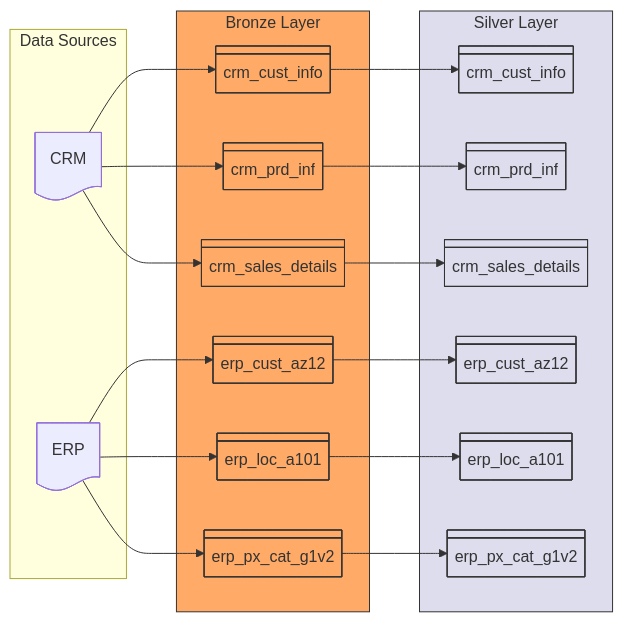
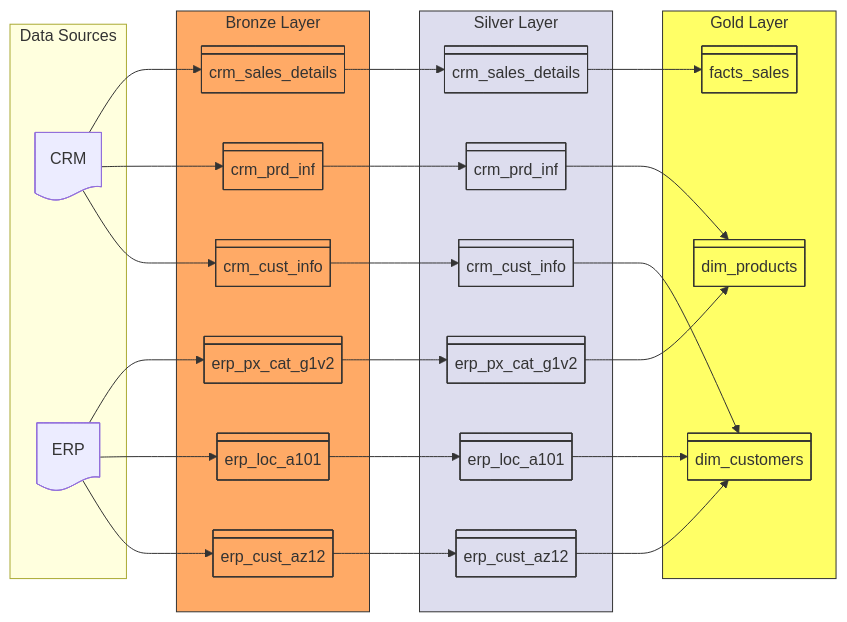
The second of 2 diagrams in src/docsrc/architecture.adoc (arkadianriver/de-dwh-sql), drawn with Mermaid before and after one commit. The commit also changed 4 other files, not shown here.

Commit message:
add gold to data flow diagram. Fixes #30

```diff
--- a/src/docsrc/architecture.adoc
+++ b/src/docsrc/architecture.adoc
@@ -174,44 +174,59 @@
 [mermaid,data_flow,png]
 ----
 flowchart LR
-    d1-->b1:::bronze & b2:::bronze & b3:::bronze
-    d2-->b4:::bronze & b5:::bronze & b6:::bronze
-    b1:::bronze-->s1:::silver
-    b2:::bronze-->s2:::silver
-    b3:::bronze-->s3:::silver
-    b4:::bronze-->s4:::silver
-    b5:::bronze-->s5:::silver
-    b6:::bronze-->s6:::silver
-
   subgraph Data Sources
     d1@{ shape: doc, label: "CRM" }
     d2@{ shape: doc, label: "ERP" }
   end
 
   subgraph subb [Bronze Layer]
     b1@{ shape: div-rect, label: "crm_cust_info" }
     b2@{ shape: div-rect, label: "crm_prd_inf" }
     b3@{ shape: div-rect, label: "crm_sales_details" }
   
     b4@{ shape: div-rect, label: "erp_cust_az12" }
     b5@{ shape: div-rect, label: "erp_loc_a101" }
     b6@{ shape: div-rect, label: "erp_px_cat_g1v2" }
   end
   
   subgraph subs [Silver Layer]
     s1@{ shape: div-rect, label: "crm_cust_info" }
     s2@{ shape: div-rect, label: "crm_prd_inf" }
     s3@{ shape: div-rect, label: "crm_sales_details" }
   
     s4@{ shape: div-rect, label: "erp_cust_az12" }
     s5@{ shape: div-rect, label: "erp_loc_a101" }
     s6@{ shape: div-rect, label: "erp_px_cat_g1v2" }
   end
   
+  subgraph subg [Gold Layer]
+    g1@{ shape: div-rect, label: "dim_products" }
+    g2@{ shape: div-rect, label: "dim_customers" }
+    g3@{ shape: div-rect, label: "facts_sales" }
+  end
+
+  d1--> b1:::bronze & b2:::bronze & b3:::bronze
+  d2--> b4:::bronze & b5:::bronze & b6:::bronze
+
+  b1:::bronze-->s1:::silver
+  b2:::bronze-->s2:::silver
+  b3:::bronze-->s3:::silver
+  b4:::bronze-->s4:::silver
+  b5:::bronze-->s5:::silver
+  b6:::bronze-->s6:::silver
+
+  s1:::silver-->g2:::gold
+  s2:::silver-->g1:::gold
+  s3:::silver-->g3:::gold
+  s4:::silver-->g2:::gold
+  s5:::silver-->g2:::gold
+  s6:::silver-->g1:::gold
+
   classDef bronze fill:#fa6,stroke:#333;
   classDef silver fill:#dde,stroke:#333;
   classDef gold   fill:#ff6,stroke:#333;
   class subb bronze
   class subs silver
+  class subg gold
 
 ----
```
